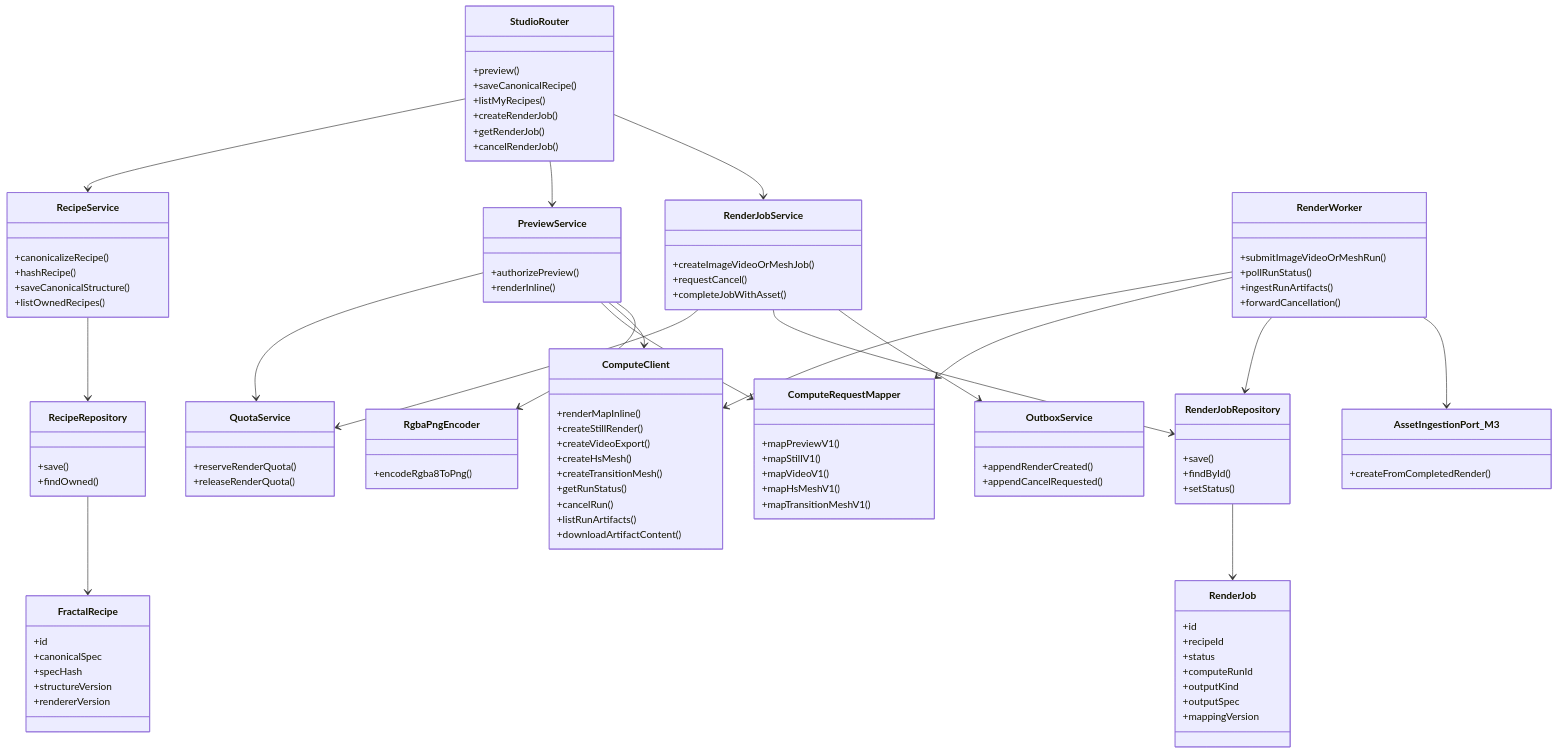
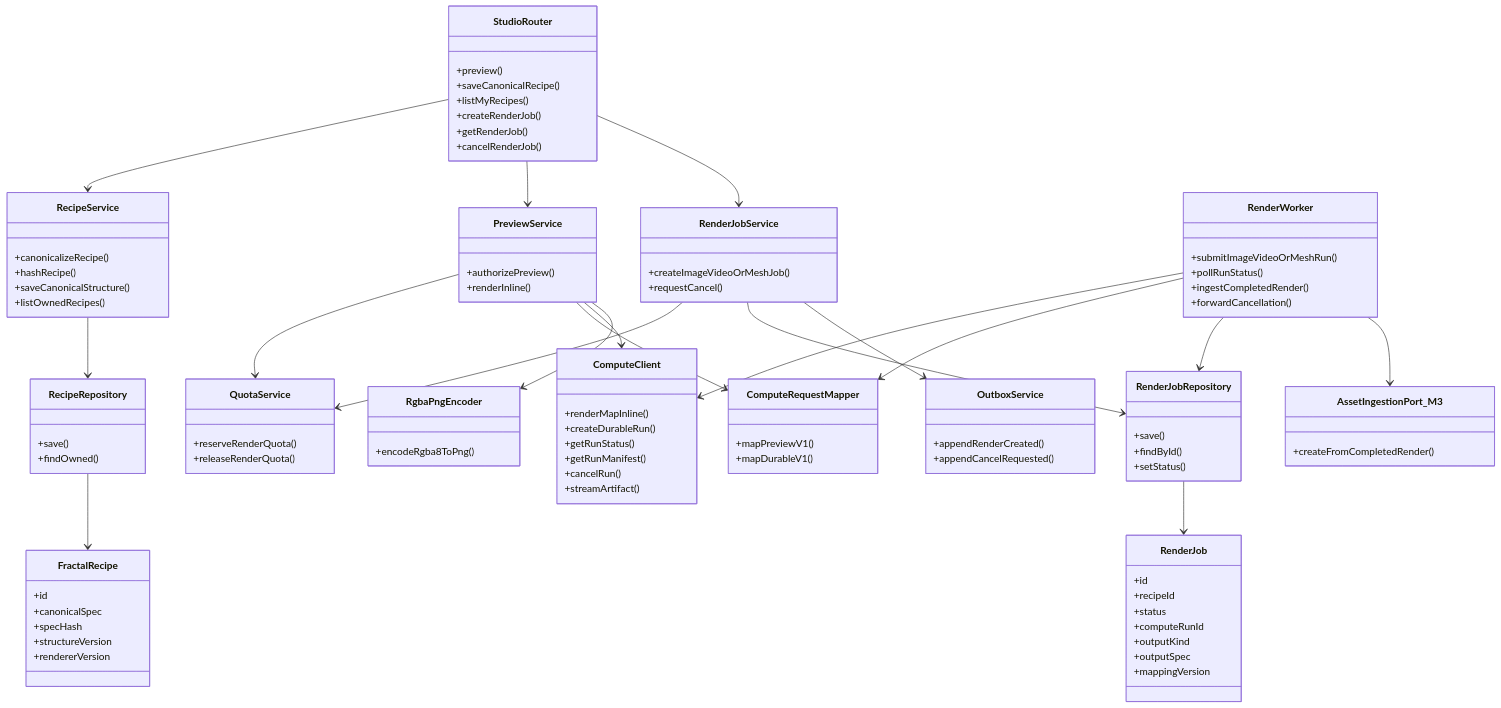
One commit to frozosea/fractal_studio changed the sixth of 20 diagrams in platform-backend/docs/platform-backend-spec.md. Above: the diagram before and after it, drawn with Mermaid. The commit also changed other lines of this file and 42 other files, not shown here.

Commit message:
feat: add durable compute artifact ingestion

```diff
--- a/platform-backend/docs/platform-backend-spec.md
+++ b/platform-backend/docs/platform-backend-spec.md
@@ -510,7 +510,6 @@
   class RenderJobService {
     +createImageVideoOrMeshJob()
     +requestCancel()
-    +completeJobWithAsset()
   }
   class QuotaService {
     +reserveRenderQuota()
@@ -518,14 +517,11 @@
   }
   class ComputeClient {
     +renderMapInline()
-    +createStillRender()
-    +createVideoExport()
-    +createHsMesh()
-    +createTransitionMesh()
+    +createDurableRun()
     +getRunStatus()
+    +getRunManifest()
     +cancelRun()
-    +listRunArtifacts()
-    +downloadArtifactContent()
+    +streamArtifact()
   }
   class RecipeRepository {
     +save()
@@ -543,7 +539,7 @@
   class RenderWorker {
     +submitImageVideoOrMeshRun()
     +pollRunStatus()
-    +ingestRunArtifacts()
+    +ingestCompletedRender()
     +forwardCancellation()
   }
   class AssetIngestionPort_M3 {
@@ -551,10 +547,7 @@
   }
   class ComputeRequestMapper {
     +mapPreviewV1()
-    +mapStillV1()
-    +mapVideoV1()
-    +mapHsMeshV1()
-    +mapTransitionMeshV1()
+    +mapDurableV1()
   }
   class FractalRecipe {
     +id
```
